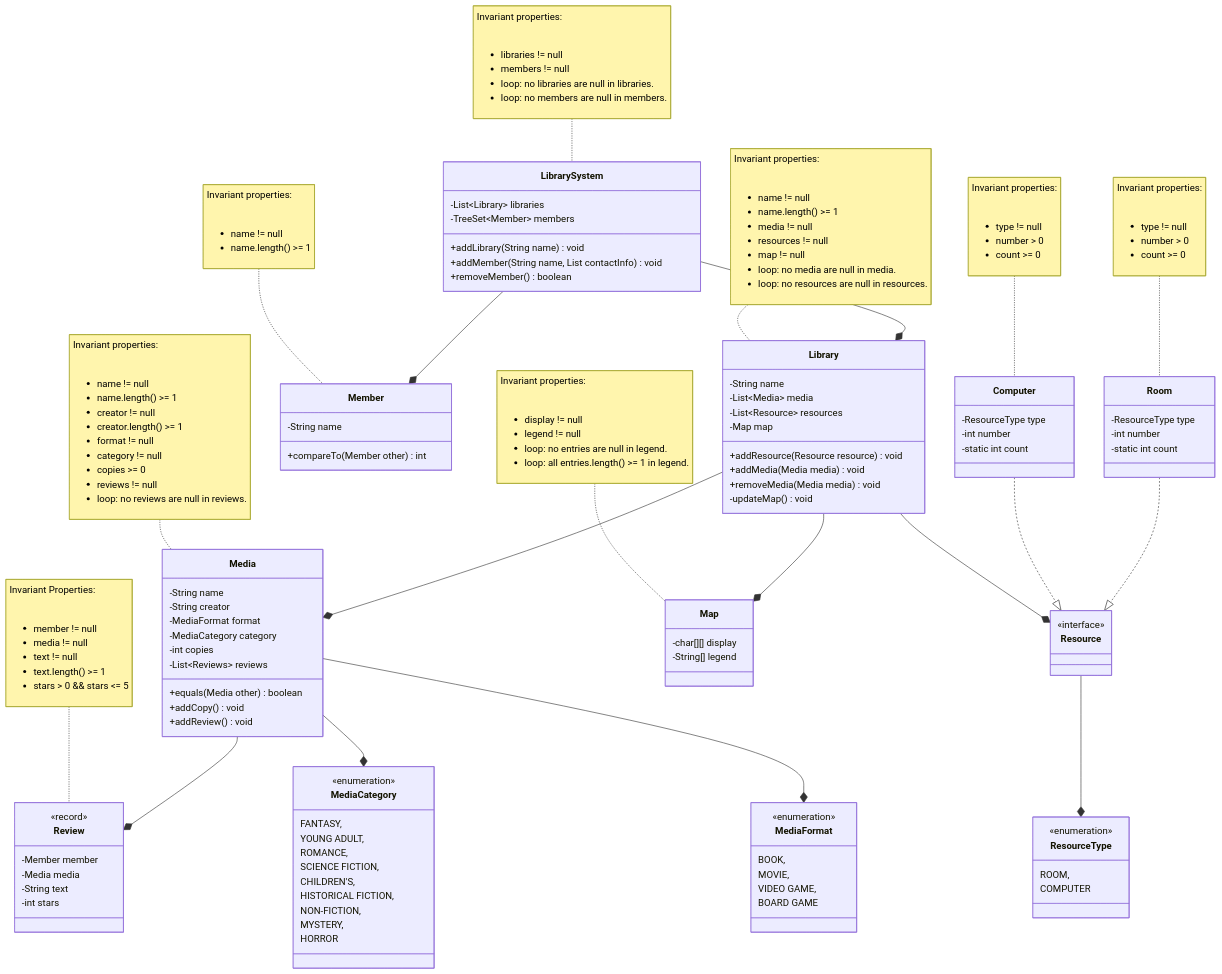
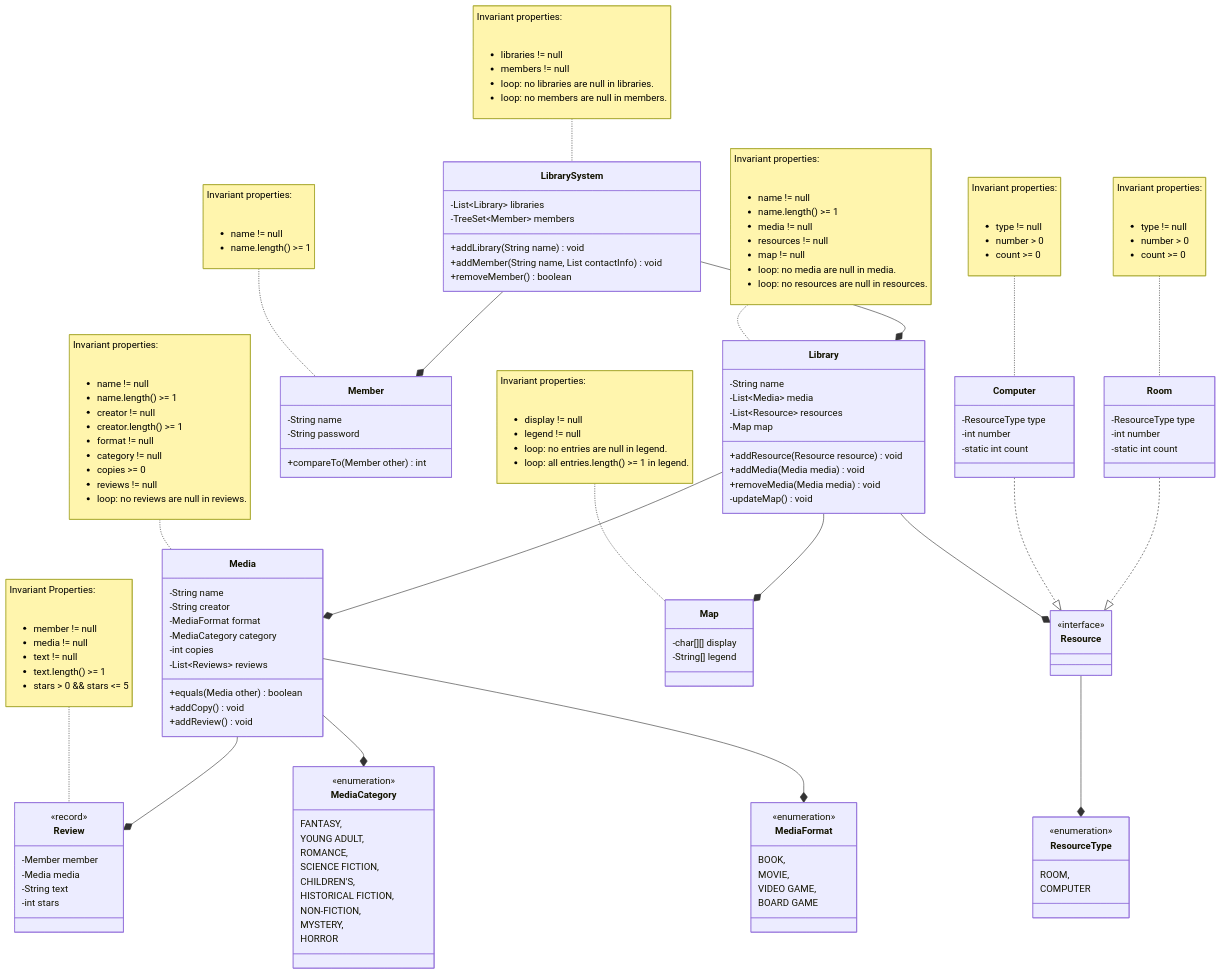
The sixth of 6 diagrams in README.md (samanthaegilson/LibrarySystem), drawn with Mermaid before and after one commit. The commit also changed other lines of this file and 1 other file, not shown here.

```diff
--- a/README.md
+++ b/README.md
@@ -225,6 +225,7 @@
     class Member {
         %% Text for the name of the member
         -String name
+        -String password
 
         +compareTo(Member other) int
     }
```
